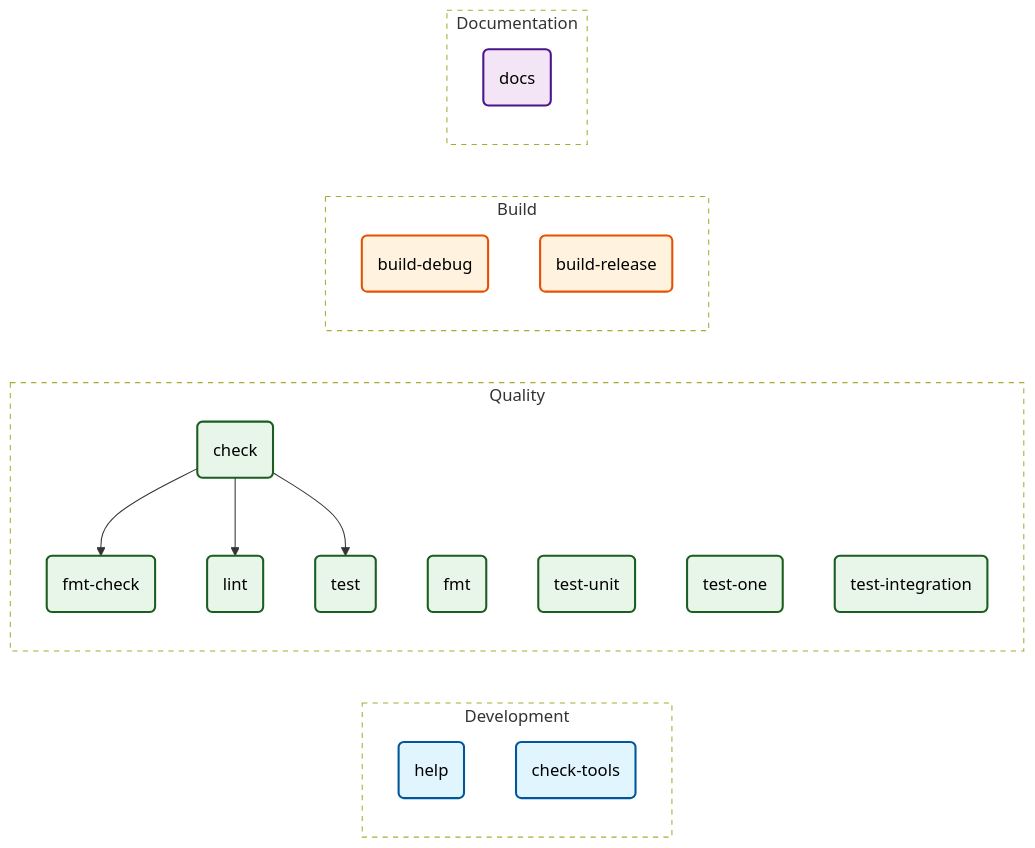
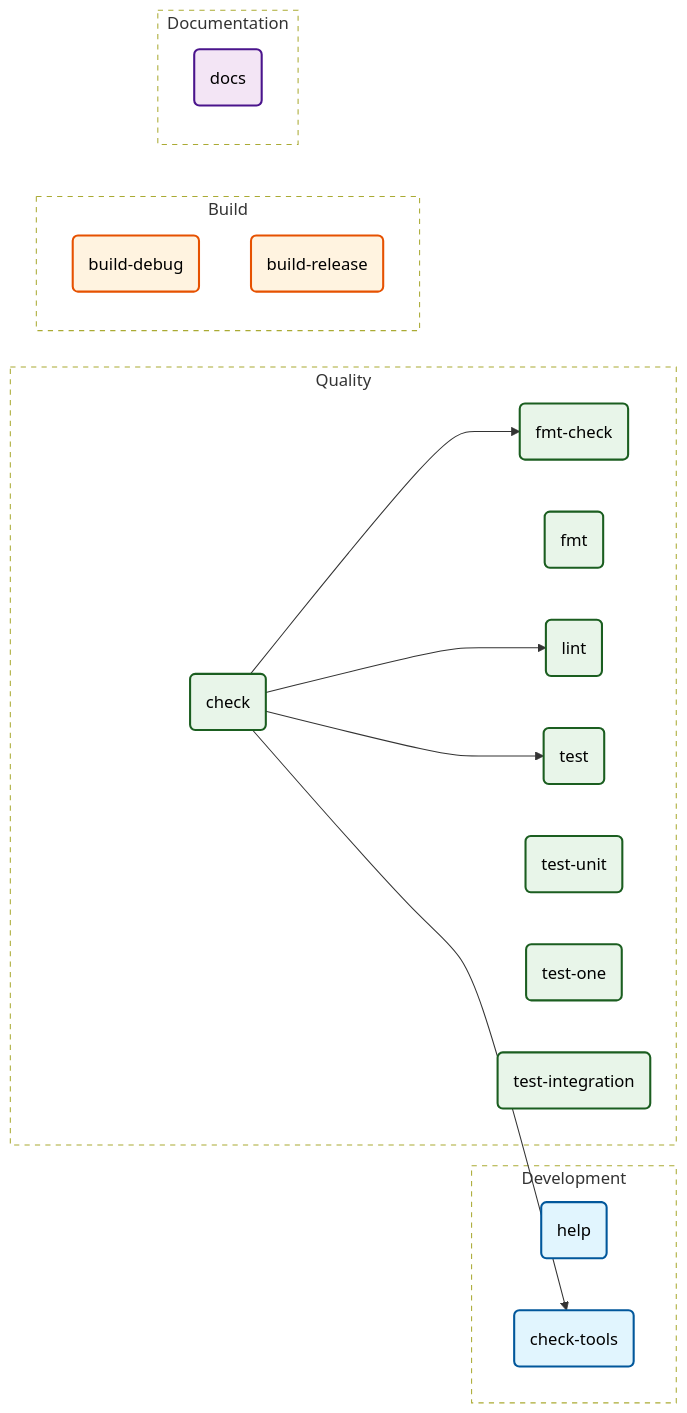
The diagram in MAKEFILE.md (Merlin-Clos/makefile2doc), drawn with Mermaid before and after one commit. The commit also changed other lines of this file and 5 other files, not shown here.

````diff
--- a/MAKEFILE.md
+++ b/MAKEFILE.md
@@ -24,49 +24,50 @@
 ```mermaid
 flowchart LR
     subgraph Development[Development]
         help(help)
         check-tools(check-tools)
     end
     style Development fill:transparent,stroke-dasharray: 5 5
     classDef cat0 fill:#E1F5FE,stroke:#01579B,stroke-width:2px,color:#000;
     class help cat0
     class check-tools cat0
     subgraph Quality[Quality]
         check(check)
         fmt-check(fmt-check)
         fmt(fmt)
         lint(lint)
         test(test)
         test-unit(test-unit)
         test-one(test-one)
         test-integration(test-integration)
     end
     style Quality fill:transparent,stroke-dasharray: 5 5
     classDef cat1 fill:#E8F5E9,stroke:#1B5E20,stroke-width:2px,color:#000;
     class check cat1
     class fmt-check cat1
     class fmt cat1
     class lint cat1
     class test cat1
     class test-unit cat1
     class test-one cat1
     class test-integration cat1
     subgraph Build[Build]
         build-debug(build-debug)
         build-release(build-release)
     end
     style Build fill:transparent,stroke-dasharray: 5 5
     classDef cat2 fill:#FFF3E0,stroke:#E65100,stroke-width:2px,color:#000;
     class build-debug cat2
     class build-release cat2
     subgraph Documentation[Documentation]
         docs(docs)
     end
     style Documentation fill:transparent,stroke-dasharray: 5 5
     classDef cat3 fill:#F3E5F5,stroke:#4A148C,stroke-width:2px,color:#000;
     class docs cat3
 
+    check --> check-tools
     check --> fmt-check
     check --> lint
     check --> test
 ```
````
